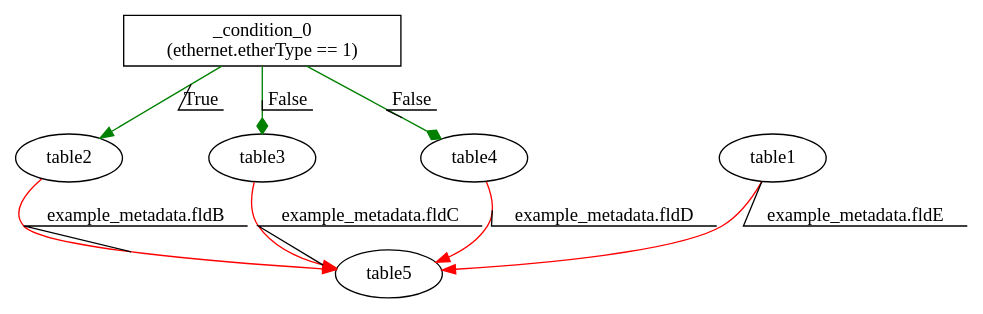
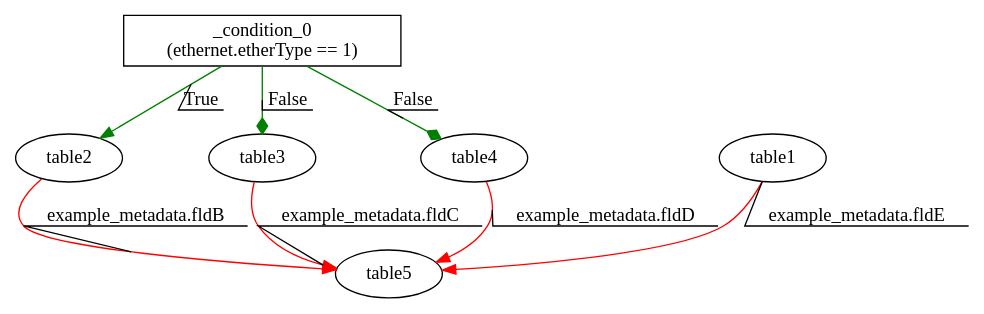
The diagram in v1.0.3/deps3/out/deps.ingress.tables_dep.dot (jafingerhut/p4lang-tests), drawn with Graphviz before and after one commit. The commit also changed 156 other files, not shown here.

Commit message:
Add directories 'out-separate-ma' for separate match and action table dependency graphs

```diff
--- a/v1.0.3/deps3/out/deps.ingress.tables_dep.dot
+++ b/v1.0.3/deps3/out/deps.ingress.tables_dep.dot
@@ -1,10 +1,15 @@
 digraph ingress {
-_condition_0 [shape=box label="_condition_0\n(ethernet.etherType == 1)"];
-_condition_0 -> table2 [color=green label="" decorate=true label="True"];
-_condition_0 -> table3 [color=green label="" decorate=true label="False" arrowhead = diamond];
-_condition_0 -> table4 [color=green label="" decorate=true label="False" arrowhead = diamond];
-table1 -> table5 [color=red label="example_metadata.fldE" decorate=true];
-table2 -> table5 [color=red label="example_metadata.fldB" decorate=true];
-table3 -> table5 [color=red label="example_metadata.fldC" decorate=true];
-table4 -> table5 [color=red label="example_metadata.fldD" decorate=true];
+_condition_0 [ shape=box label="_condition_0\n(ethernet.etherType == 1)"];
+table1 [ label="table1"];
+table2 [ label="table2"];
+table3 [ label="table3"];
+table4 [ label="table4"];
+table5 [ label="table5"];
+_condition_0 -> table2 [color=green label="True" decorate=true ];
+_condition_0 -> table3 [color=green label="False" decorate=true  arrowhead = diamond];
+_condition_0 -> table4 [color=green label="False" decorate=true  arrowhead = diamond];
+table1 -> table5 [color=red label="example_metadata.fldE" decorate=true ];
+table2 -> table5 [color=red label="example_metadata.fldB" decorate=true ];
+table3 -> table5 [color=red label="example_metadata.fldC" decorate=true ];
+table4 -> table5 [color=red label="example_metadata.fldD" decorate=true ];
 }
```
